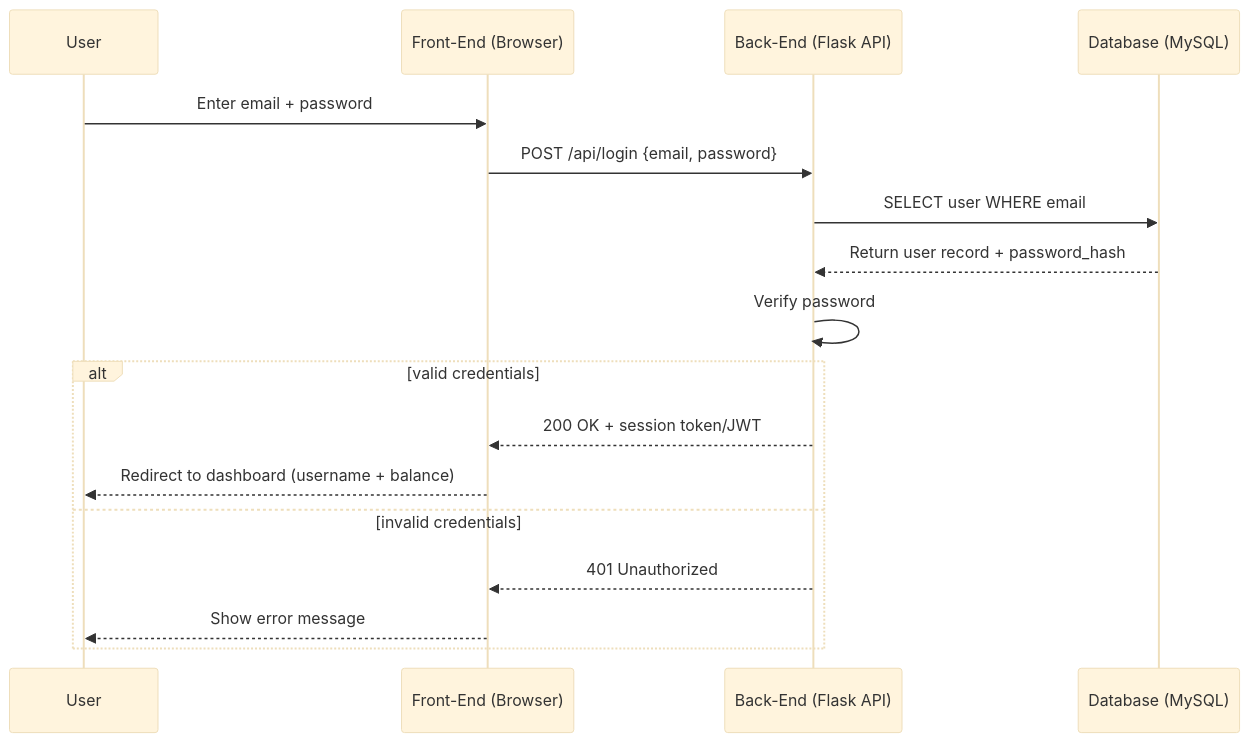
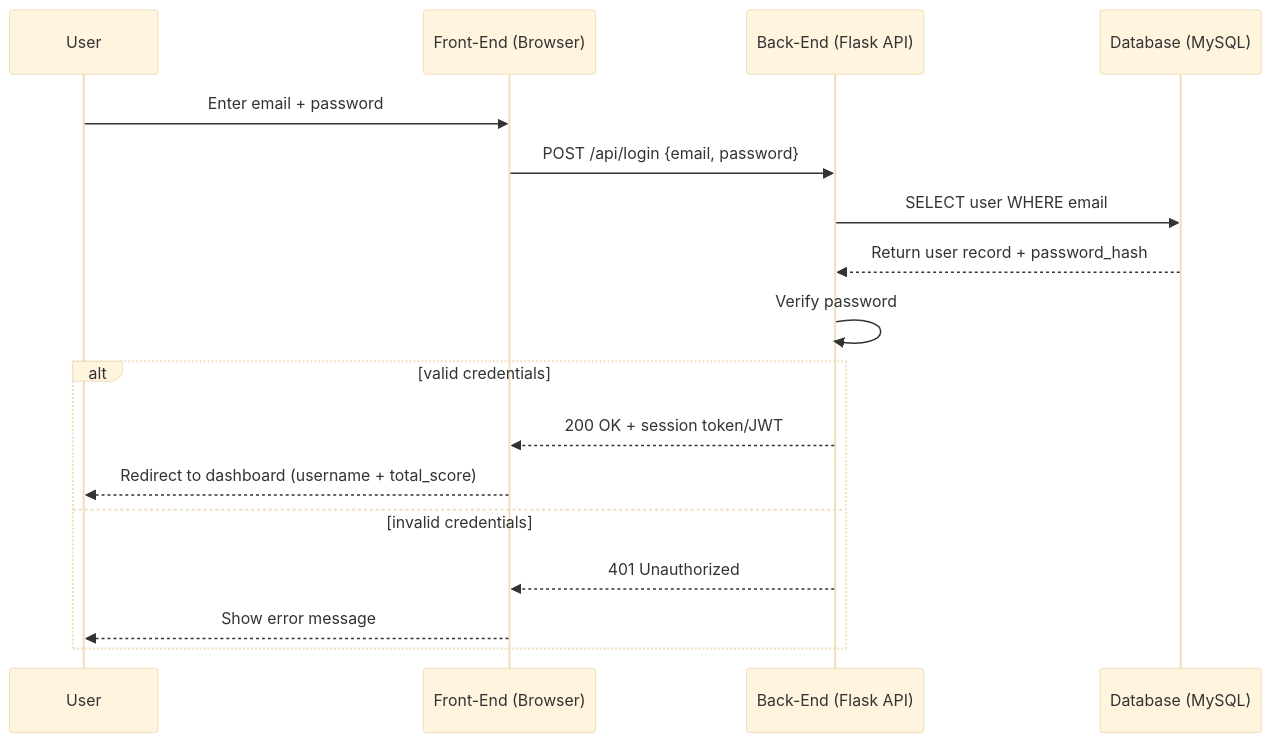
One commit to StrawberSam/RecyandCo changed the fourth of 6 diagrams in Documentation/Stage3_Technical Documentation.md. Above: the diagram before and after it, drawn with Mermaid (base theme). The commit also changed other lines of this file, not shown here.

Commit message:
📝 docs: refactor Stage 3 README to remove wallet and use total_score as currency

````diff
--- a/Documentation/Stage3_Technical Documentation.md
+++ b/Documentation/Stage3_Technical Documentation.md
@@ -242,20 +216,20 @@
 ```mermaid
 sequenceDiagram
   participant U as User
   participant FE as Front-End (Browser)
   participant BE as Back-End (Flask API)
   participant DB as Database (MySQL)
 
   U->>FE: Enter email + password
   FE->>BE: POST /api/login {email, password}
   BE->>DB: SELECT user WHERE email
   DB-->>BE: Return user record + password_hash
   BE->>BE: Verify password
   alt valid credentials
     BE-->>FE: 200 OK + session token/JWT
-    FE-->>U: Redirect to dashboard (username + balance)
+    FE-->>U: Redirect to dashboard (username + total_score)
   else invalid credentials
     BE-->>FE: 401 Unauthorized
     FE-->>U: Show error message
   end
 ```
````
